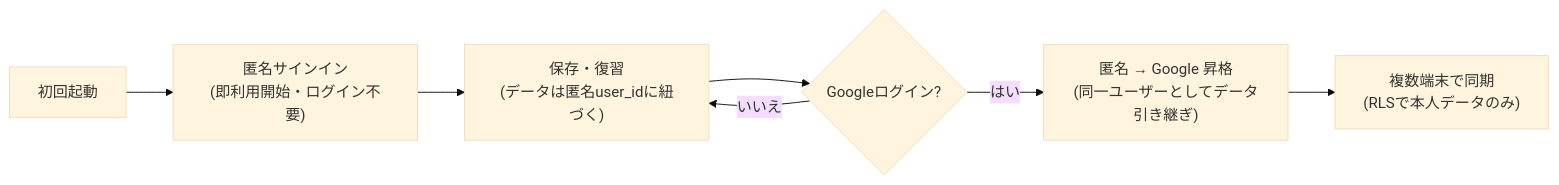
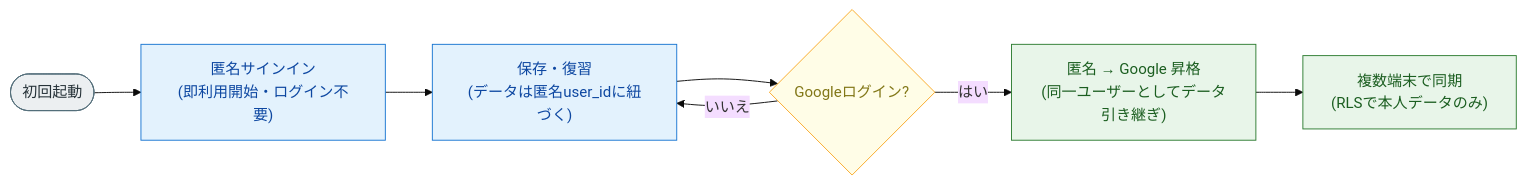
The sixth of 7 diagrams in docs/architecture.md (komikonkon/Rakuku), drawn with Mermaid (base theme) before and after one commit. The commit also changed other lines of this file and 1 other file, not shown here.

First line of the commit message:
Improve diagrams: color-coding, fewer line crossings, review-friendly layout

````diff
--- a/docs/architecture.md
+++ b/docs/architecture.md
@@ -159,9 +192,14 @@
 ```mermaid
 flowchart LR
-    Start["初回起動"] --> Anon["匿名サインイン<br/>(即利用開始・ログイン不要)"]
-    Anon --> Use["保存・復習<br/>(データは匿名user_idに紐づく)"]
-    Use --> Q{"Googleログイン?"}
+    Start(["初回起動"]):::os --> Anon["匿名サインイン<br/>(即利用開始・ログイン不要)"]:::app
+    Anon --> Use["保存・復習<br/>(データは匿名user_idに紐づく)"]:::app
+    Use --> Q{"Googleログイン?"}:::dec
     Q -- いいえ --> Use
-    Q -- はい --> Upgrade["匿名 → Google 昇格<br/>(同一ユーザーとしてデータ引き継ぎ)"]
-    Upgrade --> Sync["複数端末で同期<br/>(RLSで本人データのみ)"]
+    Q -- はい --> Upgrade["匿名 → Google 昇格<br/>(同一ユーザーとしてデータ引き継ぎ)"]:::sb
+    Upgrade --> Sync["複数端末で同期<br/>(RLSで本人データのみ)"]:::sb
+
+    classDef os  fill:#ECEFF1,stroke:#546E7A,color:#263238;
+    classDef app fill:#E3F2FD,stroke:#1976D2,color:#0D47A1;
+    classDef sb  fill:#E8F5E9,stroke:#2E7D32,color:#1B5E20;
+    classDef dec fill:#FFFDE7,stroke:#F9A825,color:#827717;
 ```
````
